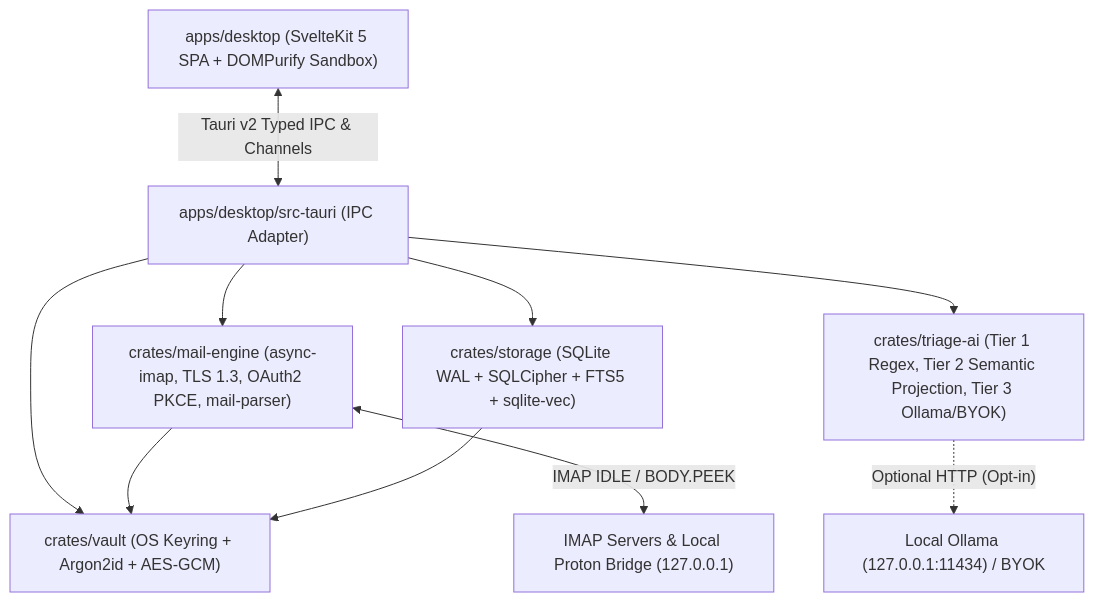
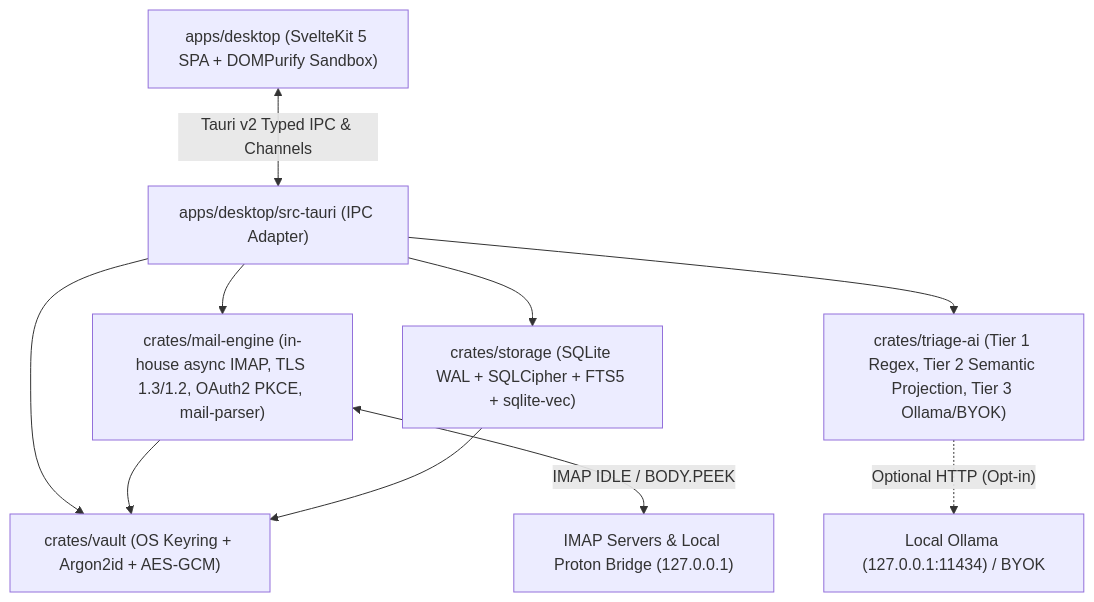
Before and after one commit to ye-sandbox/triage-mail: the diagram in README.md, drawn with Mermaid. The commit also changed other lines of this file and 2 other files, not shown here.

````diff
--- a/README.md
+++ b/README.md
@@ -34,12 +34,12 @@
 ```mermaid
 flowchart TD
     UI["apps/desktop (SvelteKit 5 SPA + DOMPurify Sandbox)"] <-->|"Tauri v2 Typed IPC & Channels"| TauriCore["apps/desktop/src-tauri (IPC Adapter)"]
-    TauriCore --> MailEngine["crates/mail-engine (async-imap, TLS 1.3, OAuth2 PKCE, mail-parser)"]
+    TauriCore --> MailEngine["crates/mail-engine (in-house async IMAP, TLS 1.3/1.2, OAuth2 PKCE, mail-parser)"]
     TauriCore --> Storage["crates/storage (SQLite WAL + SQLCipher + FTS5 + sqlite-vec)"]
     TauriCore --> Vault["crates/vault (OS Keyring + Argon2id + AES-GCM)"]
     TauriCore --> TriageAI["crates/triage-ai (Tier 1 Regex, Tier 2 Semantic Projection, Tier 3 Ollama/BYOK)"]
     MailEngine --> Vault
     Storage --> Vault
     MailEngine <-->|"IMAP IDLE / BODY.PEEK"| Providers["IMAP Servers & Local Proton Bridge (127.0.0.1)"]
     TriageAI -.->|"Optional HTTP (Opt-in)"| Ollama["Local Ollama (127.0.0.1:11434) / BYOK"]
 ```
````
